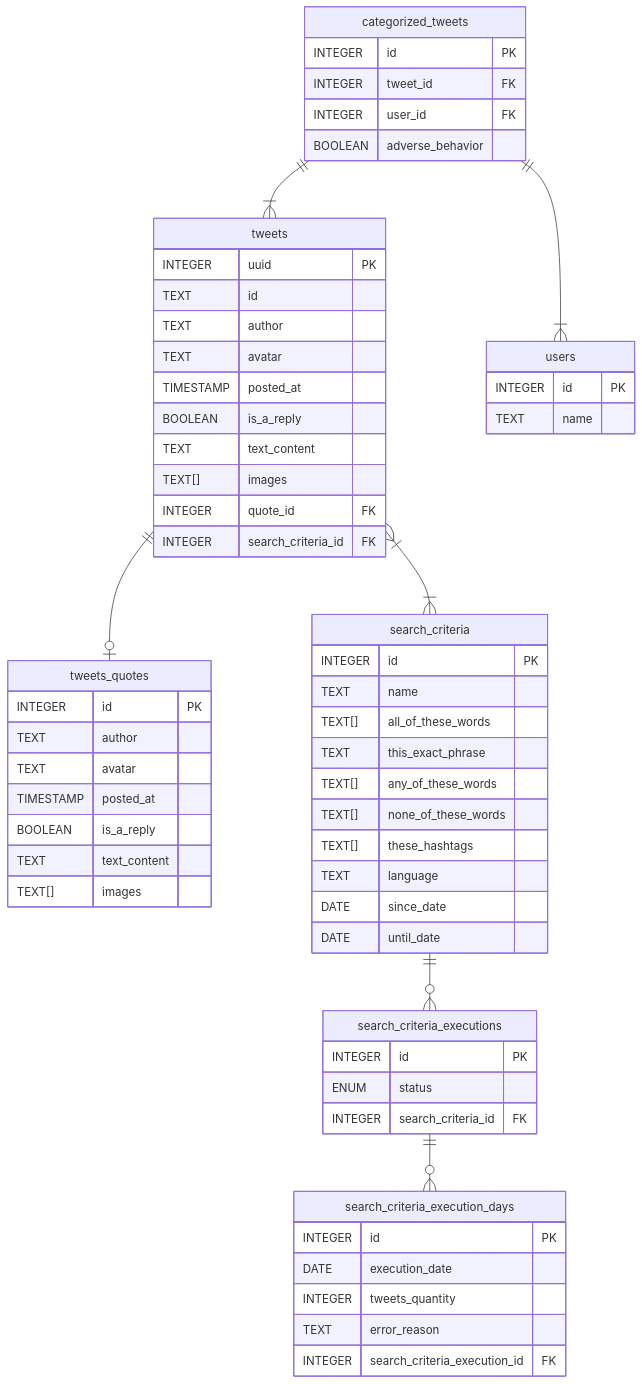
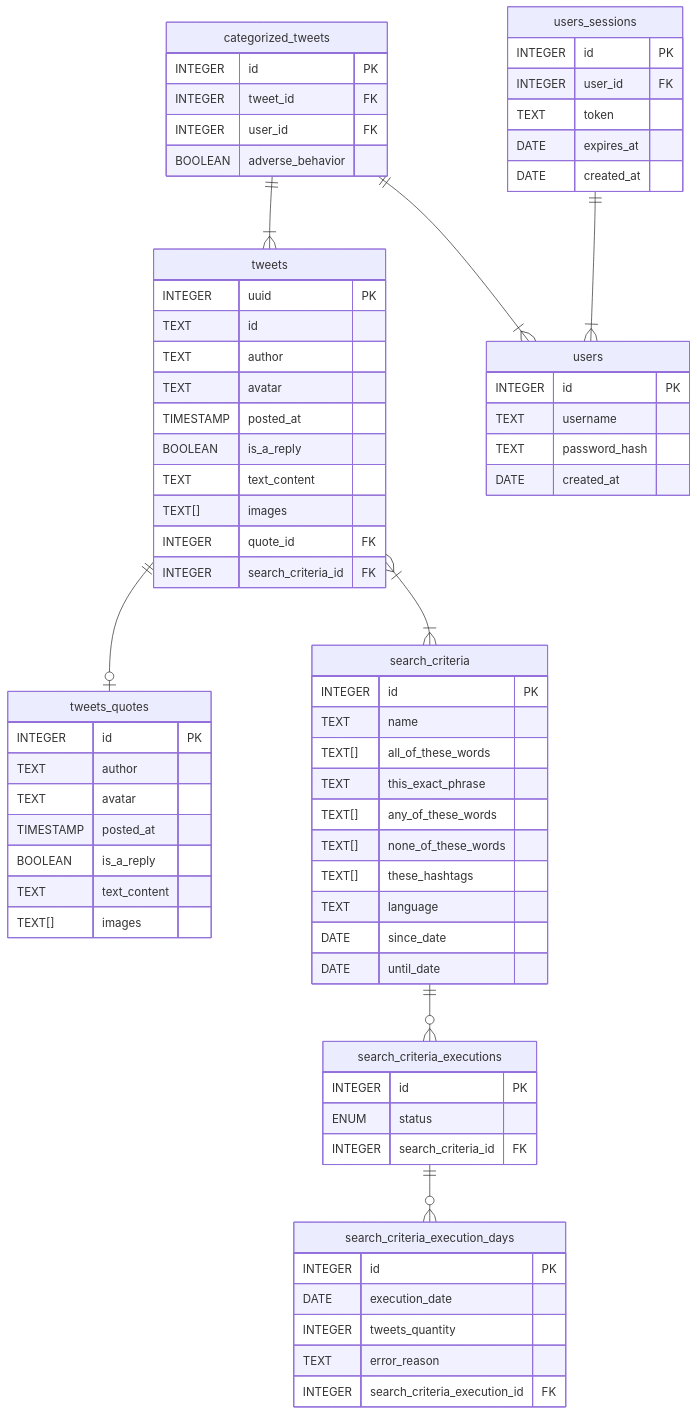
Before and after one commit to lhbelfanti/ahbcc: the diagram in README.md, drawn with Mermaid.

Commit message:
📝 Updated ERD diagram: added users and users_sessions tables

````diff
--- a/README.md
+++ b/README.md
@@ -53,64 +53,74 @@
 ```mermaid
 erDiagram
     tweets ||--o| tweets_quotes : ""
     tweets }|--|{ search_criteria : ""
     tweets {
         INTEGER uuid PK
         TEXT id
         TEXT author
         TEXT avatar
         TIMESTAMP posted_at
         BOOLEAN is_a_reply
         TEXT text_content
         TEXT[] images
         INTEGER quote_id FK
         INTEGER search_criteria_id FK
     }
     tweets_quotes {
         INTEGER id PK
         TEXT author
         TEXT avatar
         TIMESTAMP posted_at
         BOOLEAN is_a_reply
         TEXT text_content
         TEXT[] images
     }
     search_criteria ||--o{ search_criteria_executions : ""
     search_criteria {
         INTEGER id PK
         TEXT name
         TEXT[] all_of_these_words
         TEXT this_exact_phrase
         TEXT[] any_of_these_words
         TEXT[] none_of_these_words
         TEXT[] these_hashtags
         TEXT language
         DATE since_date
         DATE until_date
     }
     search_criteria_executions ||--o{ search_criteria_execution_days : ""
     search_criteria_executions {
         INTEGER id PK
         ENUM status
         INTEGER search_criteria_id FK
     }
     search_criteria_execution_days {
         INTEGER id PK
         DATE execution_date
         INTEGER tweets_quantity
         TEXT error_reason
         INTEGER search_criteria_execution_id FK
     }
     users {
         INTEGER id PK
-        TEXT name
+        TEXT username
+        TEXT password_hash
+        DATE created_at
     }
     categorized_tweets ||--|{ tweets : ""
     categorized_tweets ||--|{ users : ""
     categorized_tweets {
         INTEGER id PK
         INTEGER tweet_id FK
         INTEGER user_id FK
         BOOLEAN adverse_behavior
     }
+    users_sessions ||--|{ users : ""
+    users_sessions {
+        INTEGER id PK
+        INTEGER user_id FK
+        TEXT token
+        DATE expires_at
+        DATE created_at
+    }
 ```
````
